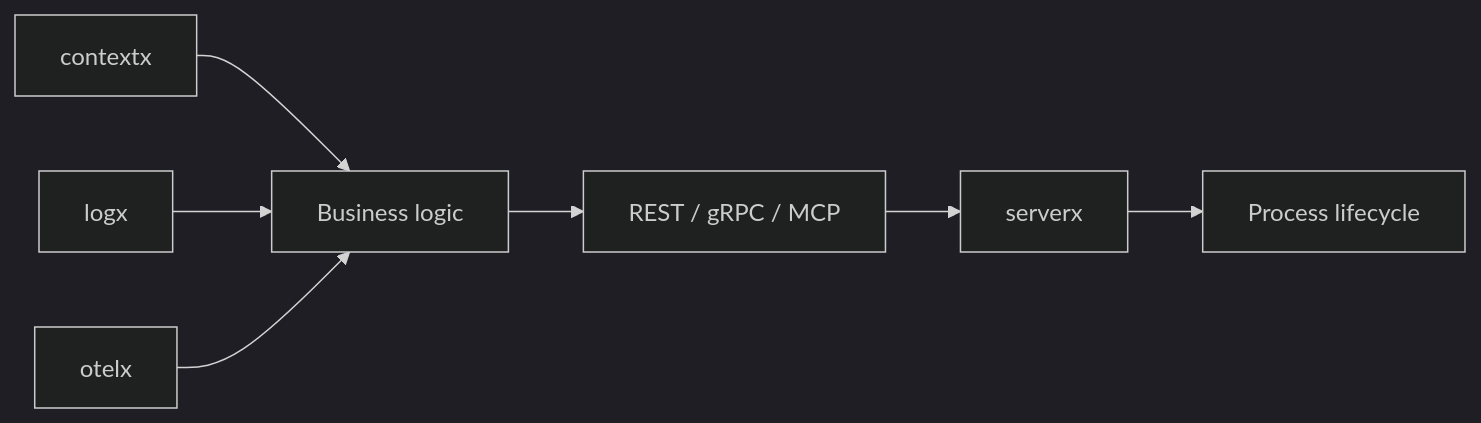
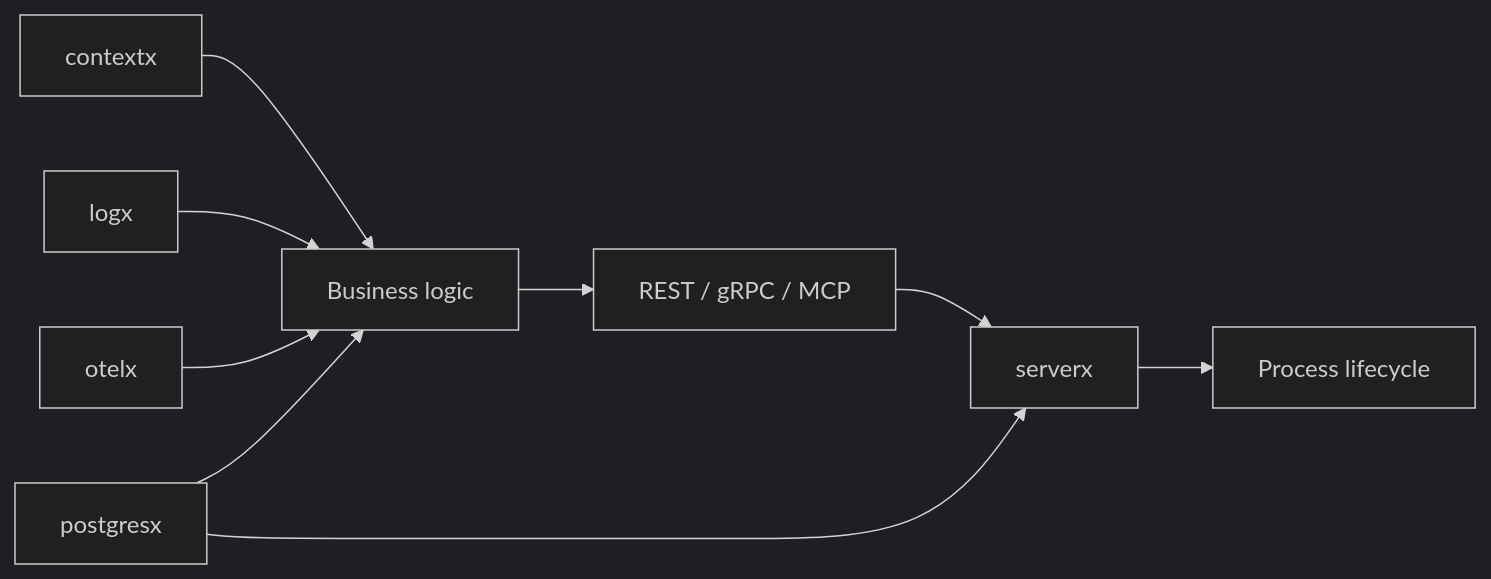
The second of 2 diagrams in README.md (LeeTun2k2/go-bedrock), drawn with Mermaid (dark theme) before and after one commit. The commit also changed other lines of this file and 6 other files, not shown here.

````diff
--- a/README.md
+++ b/README.md
@@ -58,10 +62,12 @@
 ```mermaid
 flowchart LR
     A[Business logic] --> B[REST / gRPC / MCP]
     B --> C[serverx]
     C --> D[Process lifecycle]
 
     E[contextx] --> A
     F[logx] --> A
     G[otelx] --> A
+    H[postgresx] --> A
+    H --> C
 ```
````
